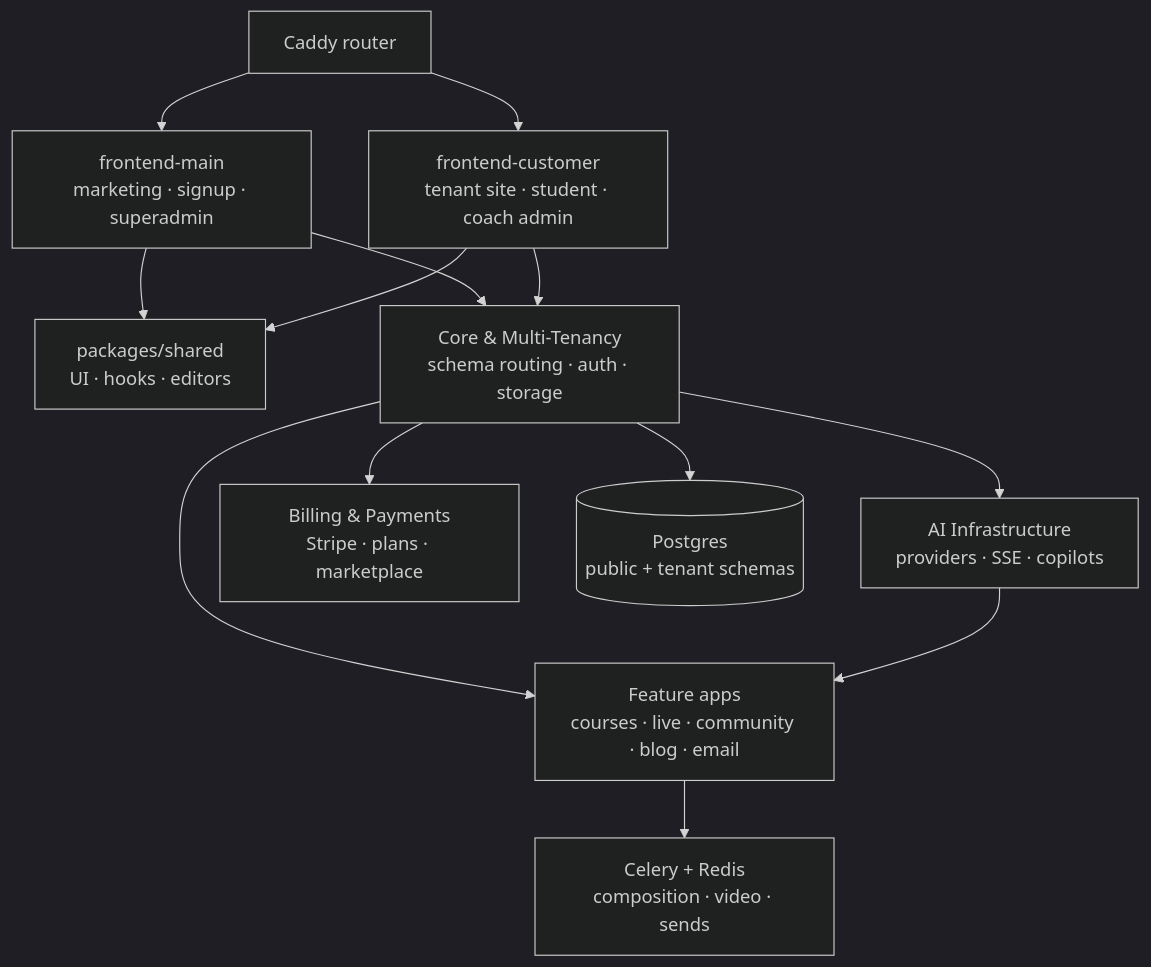
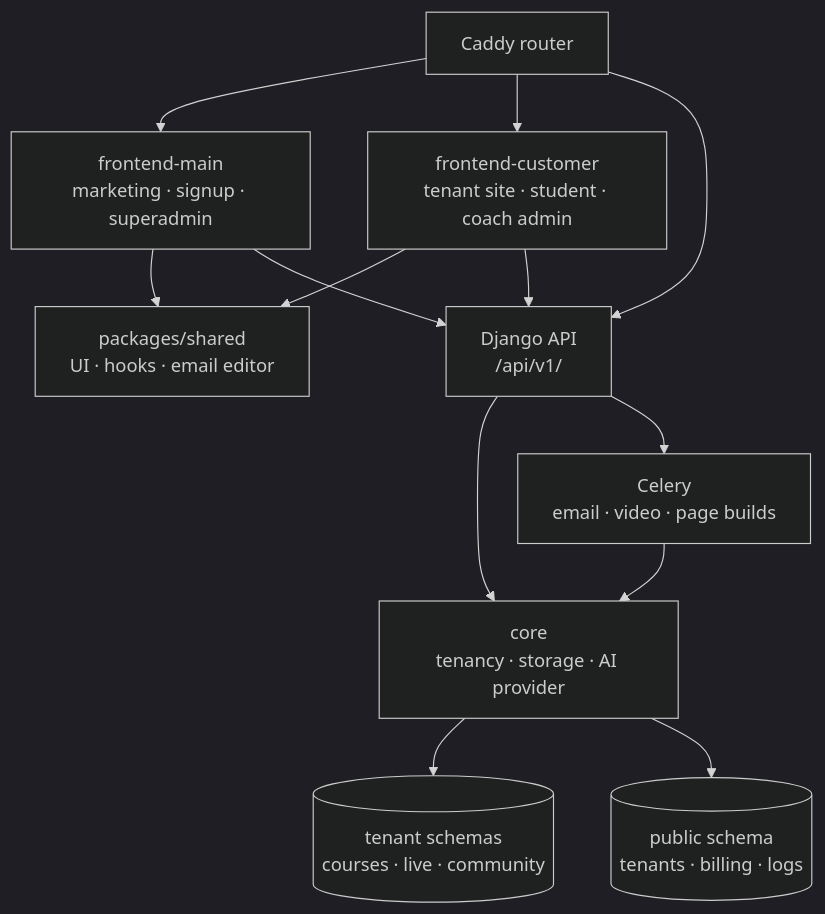
One commit to tahayusufkomur/contentor changed the diagram in docs/wiki/overview.md. Above: the diagram before and after it, drawn with Mermaid (dark theme). The commit also changed other lines of this file and 24 other files, not shown here.

````diff
--- a/docs/wiki/overview.md
+++ b/docs/wiki/overview.md
@@ -11,26 +11,25 @@
 ```mermaid
 graph TD
     Caddy[Caddy router]
-    Main["frontend-main<br/>marketing · signup · superadmin"]
-    Cust["frontend-customer<br/>tenant site · student · coach admin"]
-    Shared["packages/shared<br/>UI · hooks · editors"]
-    Core["Core & Multi-Tenancy<br/>schema routing · auth · storage"]
-    AI["AI Infrastructure<br/>providers · SSE · copilots"]
-    Features["Feature apps<br/>courses · live · community · blog · email"]
-    Billing["Billing & Payments<br/>Stripe · plans · marketplace"]
-    DB[("Postgres<br/>public + tenant schemas")]
-    Celery["Celery + Redis<br/>composition · video · sends"]
+    Main[frontend-main<br/>marketing · signup · superadmin]
+    Customer[frontend-customer<br/>tenant site · student · coach admin]
+    Shared[packages/shared<br/>UI · hooks · email editor]
+    Django[Django API<br/>/api/v1/]
+    Core[core<br/>tenancy · storage · AI provider]
+    Tenant[(tenant schemas<br/>courses · live · community)]
+    Public[(public schema<br/>tenants · billing · logs)]
+    Celery[Celery<br/>email · video · page builds]
 
     Caddy --> Main
-    Caddy --> Cust
+    Caddy --> Customer
+    Caddy --> Django
     Main --> Shared
-    Cust --> Shared
-    Main --> Core
-    Cust --> Core
-    Core --> Features
-    Core --> Billing
-    Core --> AI
-    AI --> Features
-    Core --> DB
-    Features --> Celery
+    Customer --> Shared
+    Main --> Django
+    Customer --> Django
+    Django --> Core
+    Core --> Tenant
+    Core --> Public
+    Django --> Celery
+    Celery --> Core
 ```
````
